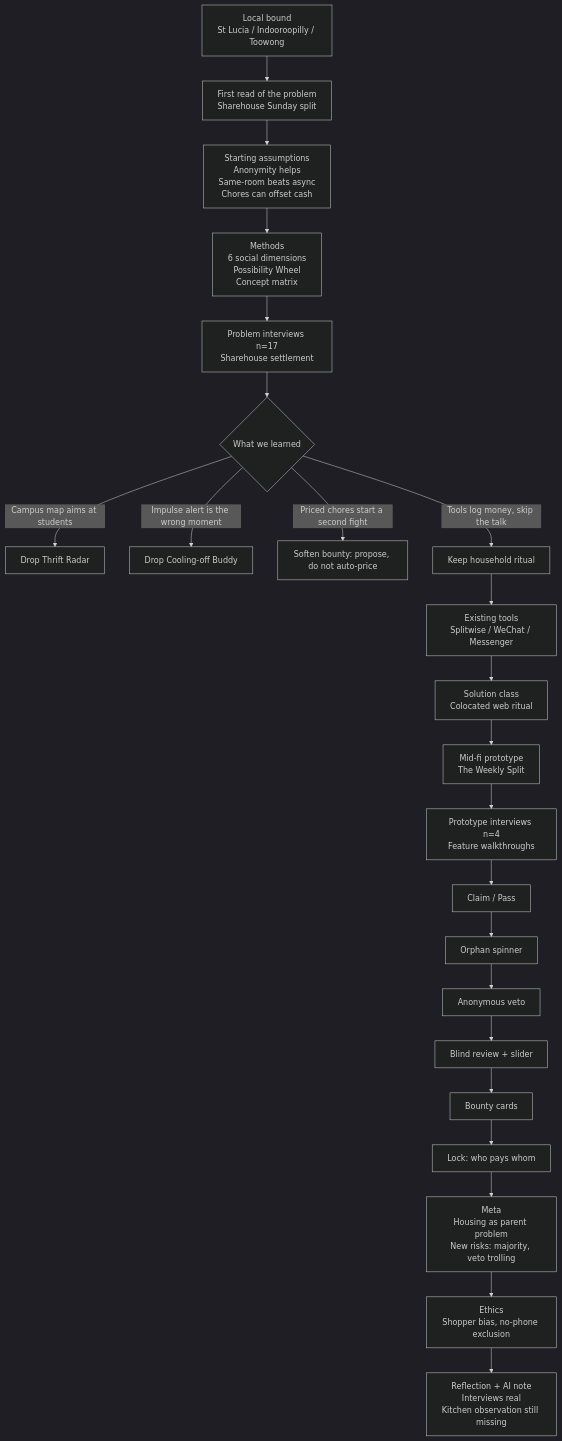
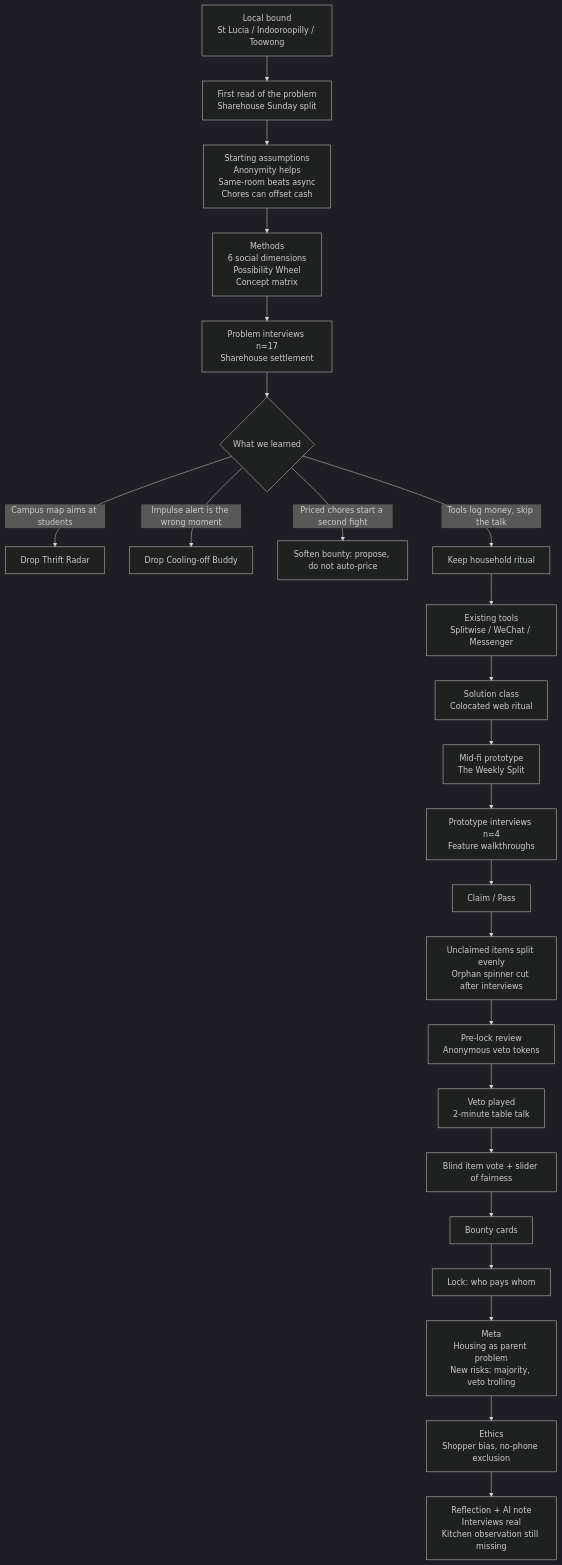
The diagram in wiki/Process-Flow.md (MaloneWayne/Deco3500-Team-17), drawn with Mermaid (dark theme) before and after one commit. The commit also changed other lines of this file and 18 other files, not shown here.

First line of the commit message:
Remove the orphan spinner and rebuild the screens from the team's concept art.

````diff
--- a/wiki/Process-Flow.md
+++ b/wiki/Process-Flow.md
@@ -5,25 +5,26 @@
 ```mermaid
 flowchart TD
   A[Local bound<br/>St Lucia / Indooroopilly / Toowong] --> B[First read of the problem<br/>Sharehouse Sunday split]
   B --> C[Starting assumptions<br/>Anonymity helps<br/>Same-room beats async<br/>Chores can offset cash]
   C --> D[Methods<br/>6 social dimensions<br/>Possibility Wheel<br/>Concept matrix]
   D --> E[Problem interviews n=17<br/>Sharehouse settlement]
   E --> F{What we learned}
   F -->|Campus map aims at students| G[Drop Thrift Radar]
   F -->|Impulse alert is the wrong moment| H[Drop Cooling-off Buddy]
   F -->|Priced chores start a second fight| I[Soften bounty: propose, do not auto-price]
   F -->|Tools log money, skip the talk| J[Keep household ritual]
   J --> K[Existing tools<br/>Splitwise / WeChat / Messenger]
   K --> L[Solution class<br/>Colocated web ritual]
   L --> M[Mid-fi prototype<br/>The Weekly Split]
   M --> W[Prototype interviews n=4<br/>Feature walkthroughs]
   W --> N[Claim / Pass]
-  N --> O[Orphan spinner]
-  O --> P[Anonymous veto]
-  P --> Q[Blind review + slider]
+  N --> O[Unclaimed items split evenly<br/>Orphan spinner cut after interviews]
+  O --> P[Pre-lock review<br/>Anonymous veto tokens]
+  P --> P2[Veto played<br/>2-minute table talk]
+  P2 --> Q[Blind item vote + slider of fairness]
   Q --> R[Bounty cards]
   R --> S[Lock: who pays whom]
   S --> T[Meta<br/>Housing as parent problem<br/>New risks: majority, veto trolling]
   T --> U[Ethics<br/>Shopper bias, no-phone exclusion]
   U --> V[Reflection + AI note<br/>Interviews real<br/>Kitchen observation still missing]
 ```
````
